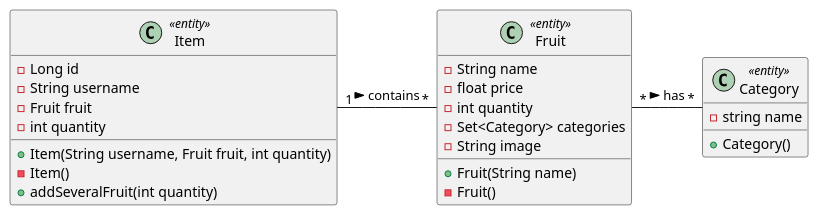
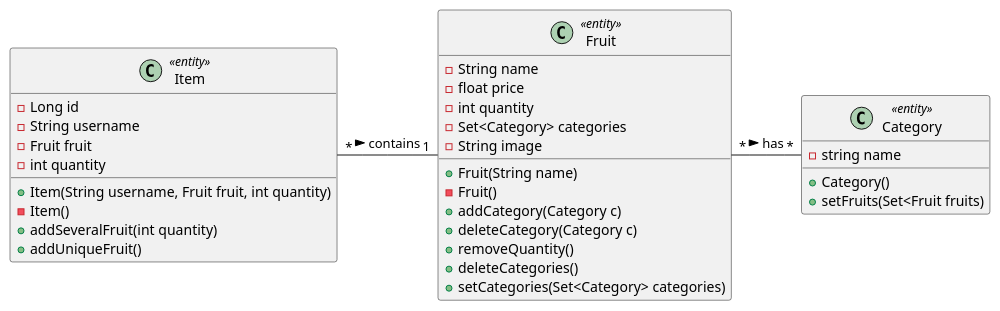
The diagram in documentation/CD/CD.puml (EmmanuelJanssens/AMT_2021), drawn with PlantUML before and after one commit. The commit also changed 1 other file, not shown here.

```diff
--- a/documentation/CD/CD.puml
+++ b/documentation/CD/CD.puml
@@ -1,32 +1,38 @@
 @startuml
 'https://plantuml.com/class-diagram
 
 class Fruit <<entity>>{
 -String name
 -float price
 -int quantity
 -Set<Category> categories
 -String image
 +Fruit(String name)
 -Fruit()
++addCategory(Category c)
++deleteCategory(Category c)
++removeQuantity()
++deleteCategories()
++setCategories(Set<Category> categories)
 }
 class Item <<entity>>{
 -Long id
 -String username
 -Fruit fruit
 -int quantity
 +Item(String username, Fruit fruit, int quantity)
 -Item()
 +addSeveralFruit(int quantity)
-
++addUniqueFruit()
 
 }
 class Category <<entity>>{
 -string name
 +Category()
++setFruits(Set<Fruit fruits)
 }
 
 
-Item "1"- "*" Fruit : contains >
+Item "*"- "1" Fruit : contains >
 Fruit "*"- "*" Category : has >
 @enduml
```
